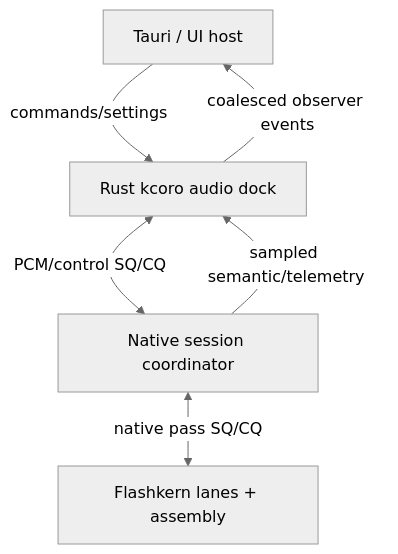
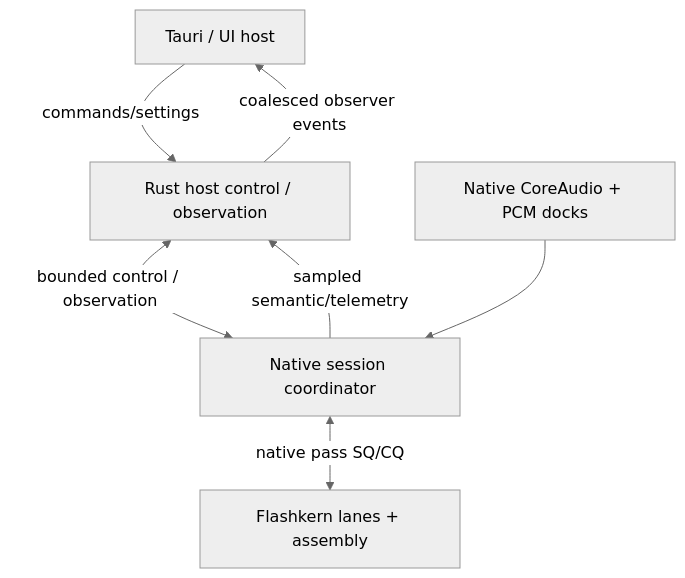
One commit to SolaceHarmony/emberharmony changed the diagram in specs/11-kcoro-native-migration/13-coordination-contract.md. Above: the diagram before and after it, drawn with Mermaid (neutral theme). The commit also changed other lines of this file and 50 other files, not shown here.

````diff
--- a/specs/11-kcoro-native-migration/13-coordination-contract.md
+++ b/specs/11-kcoro-native-migration/13-coordination-contract.md
@@ -14,13 +14,14 @@
 ```mermaid
 flowchart TB
     Tauri["Tauri / UI host"]
-    Rust["Rust kcoro audio dock"]
+    Rust["Rust host control / observation"]
     Native["Native session coordinator"]
     Kernel["Flashkern lanes + assembly"]
 
     Tauri -->|"commands/settings"| Rust
-    Rust <-->|"PCM/control SQ/CQ"| Native
+    Rust <-->|"bounded control / observation"| Native
+    Audio["Native CoreAudio + PCM docks"] --> Native
     Native <-->|"native pass SQ/CQ"| Kernel
     Native -->|"sampled semantic/telemetry"| Rust
     Rust -->|"coalesced observer events"| Tauri
 ```
````
